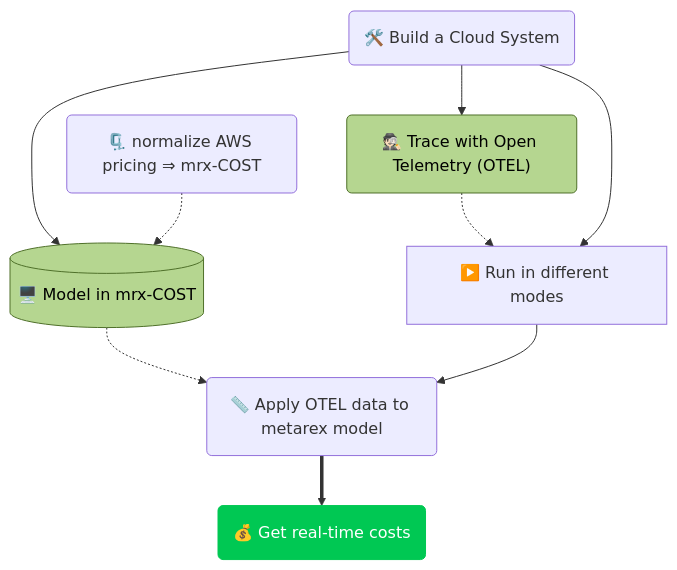
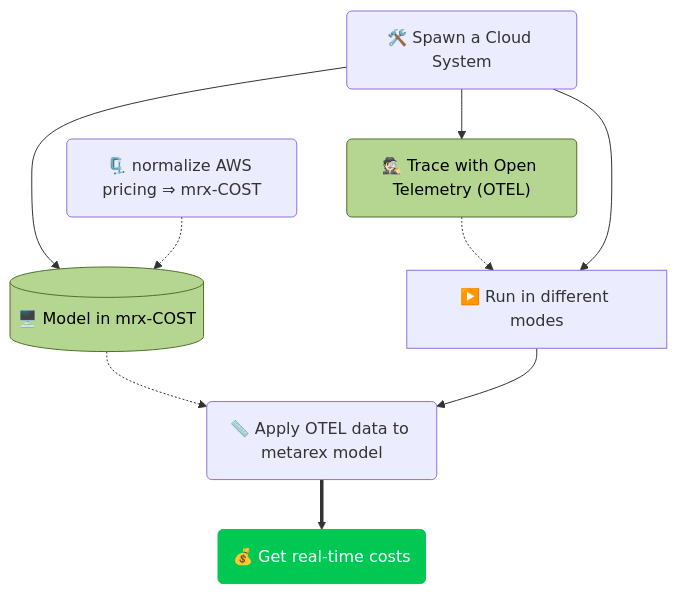
Before and after one commit to metarex-media/www-metarex-media: the diagram in content/docs/studies/cloud-cost/_index.md, drawn with Mermaid.

Commit message:
C3 date fix

````diff
--- a/content/docs/studies/cloud-cost/_index.md
+++ b/content/docs/studies/cloud-cost/_index.md
@@ -12,28 +12,28 @@
 ```mermaid
 flowchart TD
 %% Nodes
-    A("🛠️ Build a Cloud System")
+    A("🛠️ Spawn a Cloud System")
     D["▶️ Run in different modes"]
     B[("🖥️ Model in mrx-COST")]
     C("🕵🏻 Trace with Open Telemetry (OTEL)")
     E("📏 Apply OTEL data to metarex model")
     F("🗜️ normalize AWS pricing ⇒ mrx-COST")
     G("💰 Get real-time costs")
 
 %% Edge connections between nodes
     A --> B 
     B -.-> E
     A --> C
     C -.-> D
     A --> D
     D --> E
     F -.-> B
     E ==> G
 
 %% Individual node styling. Try the visual editor toolbar for easier styling!
     style B color:#000, fill:#b5d690, stroke:#4F702A
     style C color:#000, fill:#b5d690, stroke:#4F702A
     style G color:#FFFFFF, stroke:#00C853, fill:#00C853
 
 %% You can add notes with two "%" signs in a row!
 ```
````
